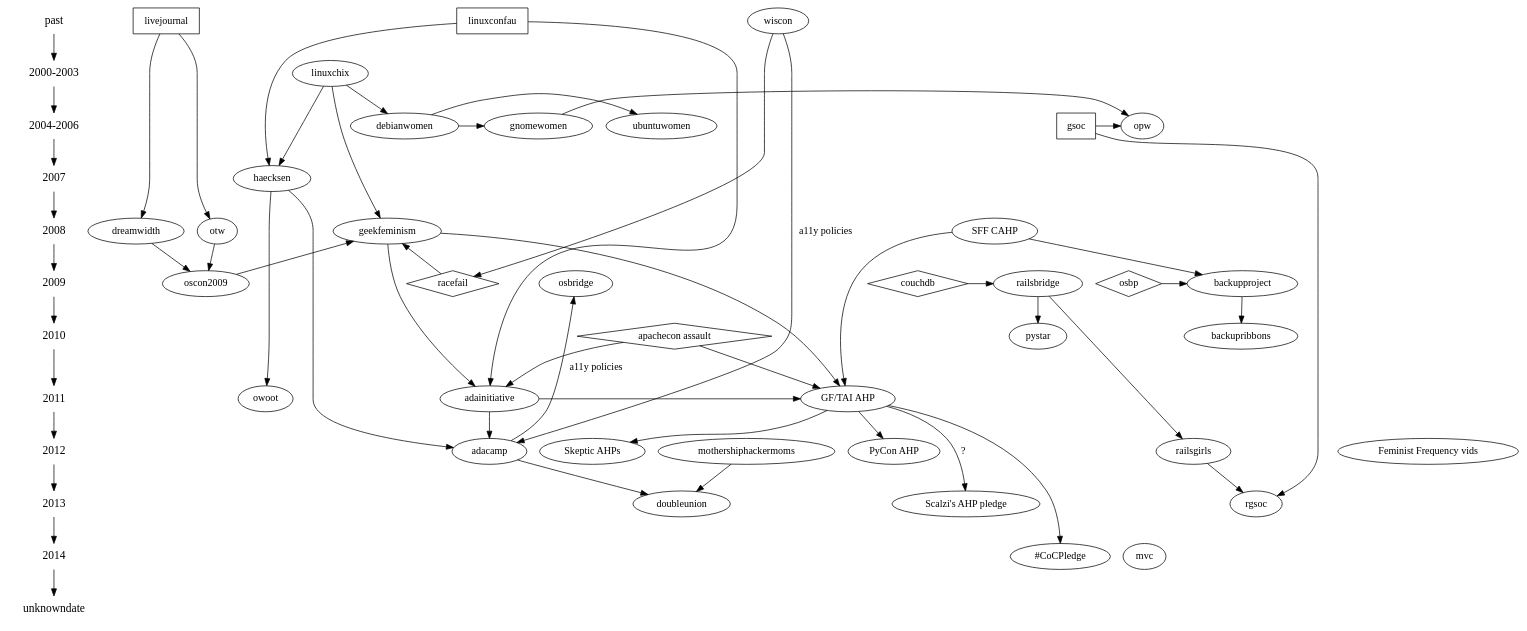
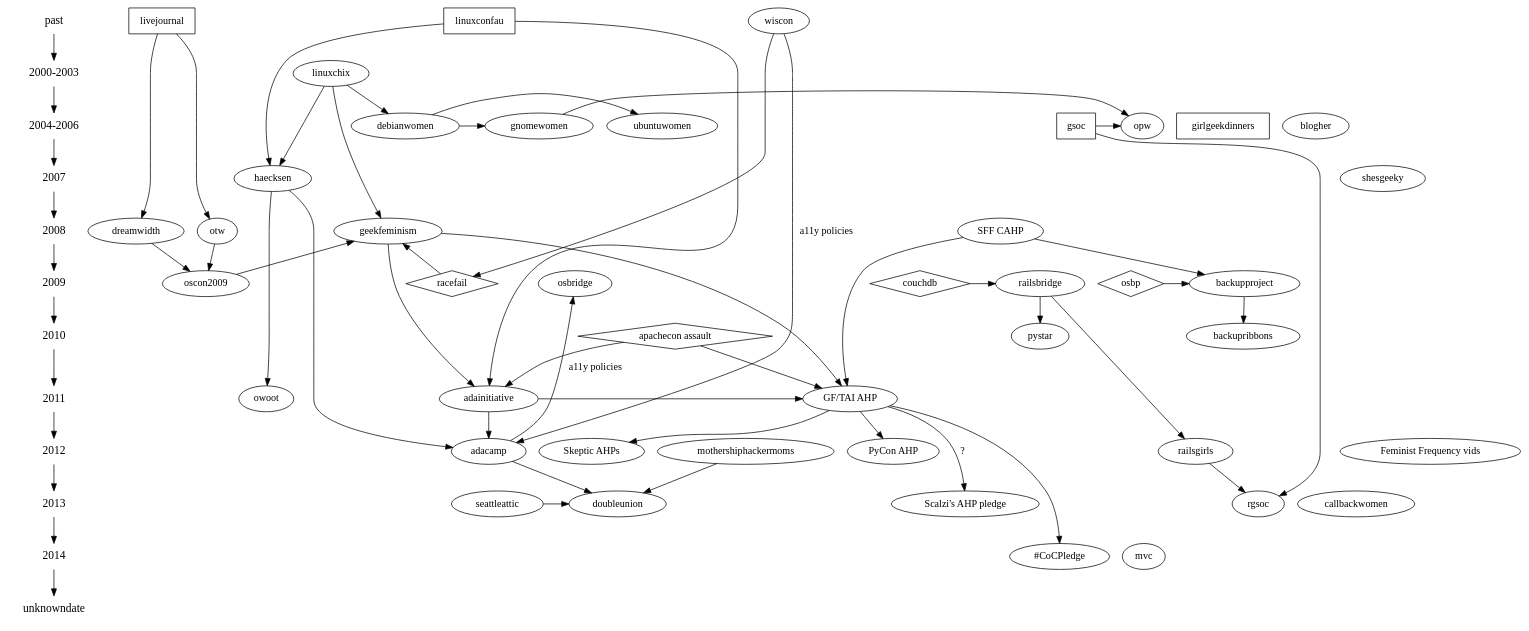
One commit to brainwane/gf-family-tree changed the diagram in gfft.dot. Above: the diagram before and after it, drawn with Graphviz.

Commit message:
added shesgeeky, ggd, callbackwomen, seattleattic

```diff
--- a/gfft.dot
+++ b/gfft.dot
@@ -1,141 +1,146 @@
 digraph G {
 
   /*
      The following shapes are used for different types of things:
      oval = geek feminist/women-in-tech/etc organisation
      rectangle = orgs that aren't particularly feminist, but are influential
      diamond = event/incident (cf. GF wiki "Timeline of Incidents")
   */
 
   /*
      And this section lays out the history in terms of years.
   */
 
   {
     node [shape=plaintext, fontsize=16];
     past -> "2000-2003" -> "2004-2006" -> 2007 -> 2008 -> 2009 -> 2010 -> 2011 -> 2012 -> 2013 -> 2014 -> unknowndate;
   }
   { rank = same; past; livejournal; wiscon; linuxconfau}
-  { rank = same; "2000-2003"; linuxchix; } /* roughly? */
-  { rank = same; "2004-2006"; gsoc; opw; ubuntuwomen; gnomewomen; debianwomen;}
-  { rank = same; 2007; haecksen; }
+  { rank = same; "2000-2003"; linuxchix; }
+  { rank = same; "2004-2006"; gsoc; opw; ubuntuwomen; gnomewomen; debianwomen; girlgeekdinners; blogher; }
+  { rank = same; 2007; haecksen; shesgeeky; }
   { rank = same; 2008; "SFF CAHP"; geekfeminism; dreamwidth; otw; }
   { rank = same; 2009; oscon2009; racefail; couchdb; railsbridge; osbp; backupproject; osbridge; }
   { rank = same; 2010; "apachecon assault"; backupribbons;}
   { rank = same; 2011; adainitiative; "GF/TAI AHP"; owoot }
   { rank = same; 2012; adacamp; railsgirls; "Skeptic AHPs"; "PyCon AHP"; "Feminist Frequency vids";}
-  { rank = same; 2013; doubleunion; rgsoc; "Scalzi's AHP pledge"; }
+  { rank = same; 2013; seattleattic; doubleunion; rgsoc; callbackwomen; "Scalzi's AHP pledge"; }
   { rank = same; 2014; mvc; "#CoCPledge"; }
   { rank = same; unknowndate; }
+
+  /* GGD explicitly identify as non-feminist
+   * news.bbc.co.uk/2/hi/technology/8663593.stm */
+  girlgeekdinners [shape=rectangle]
 
   /* Skud set up the GF wiki in 2008, mostly inspired by earlier "women
    * in open source" communities such as linuxchix */
   linuxchix -> geekfeminism;
 
   /* in 2009, Racefail introduced Skud and other GF wiki contributors to
    * a lot of new ideas */
   racefail -> geekfeminism;
   racefail [shape=diamond];
 
   /* in 2010, the Noirin Plunkett's assault at ApacheCon triggered
    * discussions about anti-harassment that would lead to the formation
    * of the Ada Initiative */
   "apachecon assault" -> adainitiative;
   "apachecon assault" [shape=diamond];
 
   /* GF (esp. volunteer burnout) was an influence on TAI */
   geekfeminism -> adainitiative;
 
   /* The first TAI discussions were held at LCA */
   linuxconfau -> adainitiative;
   linuxconfau [shape=rectangle];
 
   /* TAI wrote the first conf anti-harassment poilcy in response to the
    * apachecon assault */
   "apachecon assault" -> "GF/TAI AHP"
   "geekfeminism" -> "GF/TAI AHP"
   "adainitiative" -> "GF/TAI AHP"
 
   /* The Con Anti-Harassment Policy (out of SFF fandom) also inspired it */
   "SFF CAHP" -> "GF/TAI AHP"
 
   /* Vaguely related: Open Source Boob Project and Backup Project */
   osbp -> backupproject
   osbp [shape=diamond]
   "SFF CAHP" -> backupproject
   backupproject -> backupribbons;
 
   /* The GF/TAI AHP inspired the PyCon variant */
   "GF/TAI AHP" -> "PyCon AHP";
 
   /* The GF/TAI AHP inspired the skeptic variants */
   "GF/TAI AHP" -> "Skeptic AHPs";
   "GF/TAI AHP" -> "#CoCPledge";
 
   /* Causation here is less clear. */
   "GF/TAI AHP" -> "Scalzi's AHP pledge" [label="?"];
 
   adainitiative -> adacamp;
 
   /* Adacamp was inspired in some ways by Wiscon, eg. accessibility */
   wiscon -> adacamp [label="a11y policies"];
   /* and then open source bridge picked up some of that from adacamp */
   adacamp -> osbridge [label="a11y policies"];
 
   /* DoubleUnion came out of AdaCamp SF in 2013 */
   adacamp -> doubleunion;
   /* pretty sure mothership hackermoms was also an inspiration? */
   mothershiphackermoms -> doubleunion;
+  seattleattic -> doubleunion;
 
   /* Various early women-in-open-source mailing lists etc */
   linuxchix -> debianwomen;
   debianwomen -> ubuntuwomen;
   /* Direct ancestry, because Hanna Wallach did debianwomen first and
    * then GNOME Women, and was never a big participant in LinuxChix*/
   debianwomen -> gnomewomen;
   haecksen -> owoot;
 
   /* Gnome Outreach Program for Women, now FOSS OPW */
   gnomewomen -> opw;
   /* "The Outreach Program for Women (OPW) was inspired by Google's
    * Summer of Code and by how few women applied for it."
    * via gnome.org/opw (why can't I include double slashes in a comment?)
    */
   gsoc -> opw;
   gsoc [shape=rectangle]
 
   /* LinuxChix inspired the Haecksen miniconf at LCA */
   linuxchix -> haecksen;
   linuxconfau -> haecksen;
 
   /* Both creations of Mary Gardiner's, one of the inputs to AdaCamp is
      what wasn't possible with Haecksen */
   haecksen -> adacamp;
 
   /* RailsBridge happened in response to the CouchDB incident at
    * GoGaRuCo */
   couchdb -> railsbridge;
   couchdb [shape=diamond];
   railsbridge -> pystar;
   railsbridge -> railsgirls;
 
   /* There's now a rails girls summer of code */
 
   railsgirls -> rgsoc;
   gsoc -> rgsoc;
 
   wiscon -> racefail;
 
   /* Livejournal (esp. their fail) inspired DW and OTW */
   livejournal -> dreamwidth;
   livejournal -> otw;
   livejournal [shape=rectangle]
 
   /* Dreamwidth and OTW inspired Skud's 2009 OSCON keynote */
   dreamwidth -> oscon2009;
   otw -> oscon2009;
 
   /* GF blog came out of the oscon2009 keynote, as a place to have
    * ongoing conversations */
   oscon2009 -> geekfeminism;
 }
```
